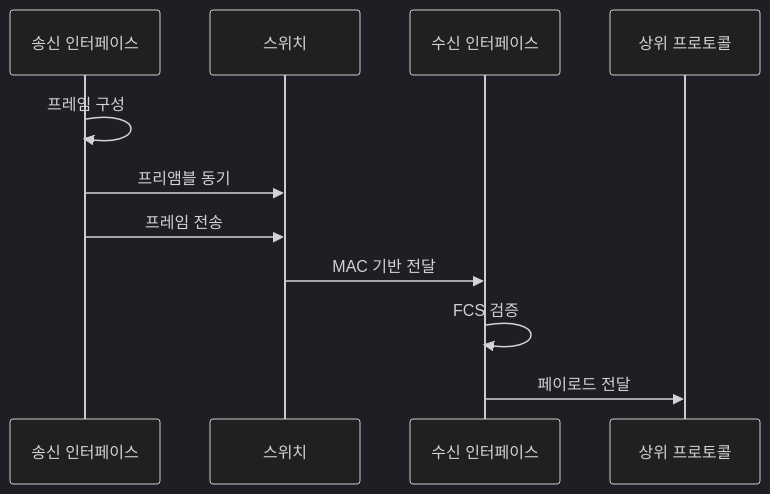
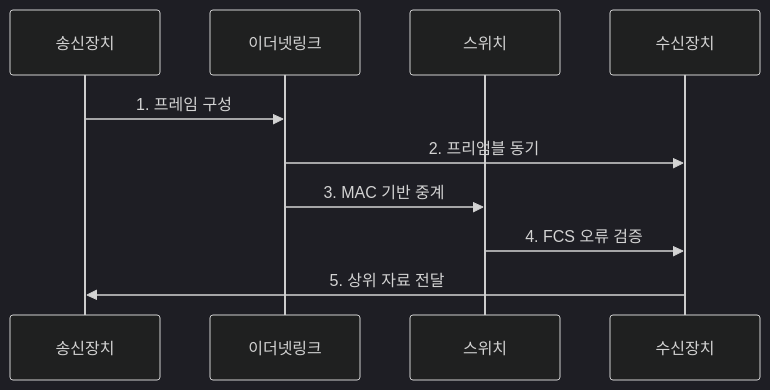
The second of 2 diagrams in src/content/docs/notes/04-network/015_ethernet_frame.md (agnusdei1207/knowledge-base), drawn with Mermaid (dark theme) before and after one commit. The commit also changed other lines of this file and 20 other files, not shown here.

````diff
--- a/src/content/docs/notes/04-network/015_ethernet_frame.md
+++ b/src/content/docs/notes/04-network/015_ethernet_frame.md
@@ -83,13 +91,12 @@
 ```mermaid
 sequenceDiagram
-    participant S as 송신 인터페이스
-    participant W as 스위치
-    participant R as 수신 인터페이스
-    participant U as 상위 프로토콜
-    S->>S: 프레임 구성
-    S->>W: 프리앰블 동기
-    S->>W: 프레임 전송
-    W->>R: MAC 기반 전달
-    R->>R: FCS 검증
-    R->>U: 페이로드 전달
+    participant 송신장치
+    participant 이더넷링크
+    participant 스위치
+    participant 수신장치
+    송신장치->>이더넷링크: 1. 프레임 구성
+    이더넷링크->>수신장치: 2. 프리앰블 동기
+    이더넷링크->>스위치: 3. MAC 기반 중계
+    스위치->>수신장치: 4. FCS 오류 검증
+    수신장치->>송신장치: 5. 상위 자료 전달
 ```
````
